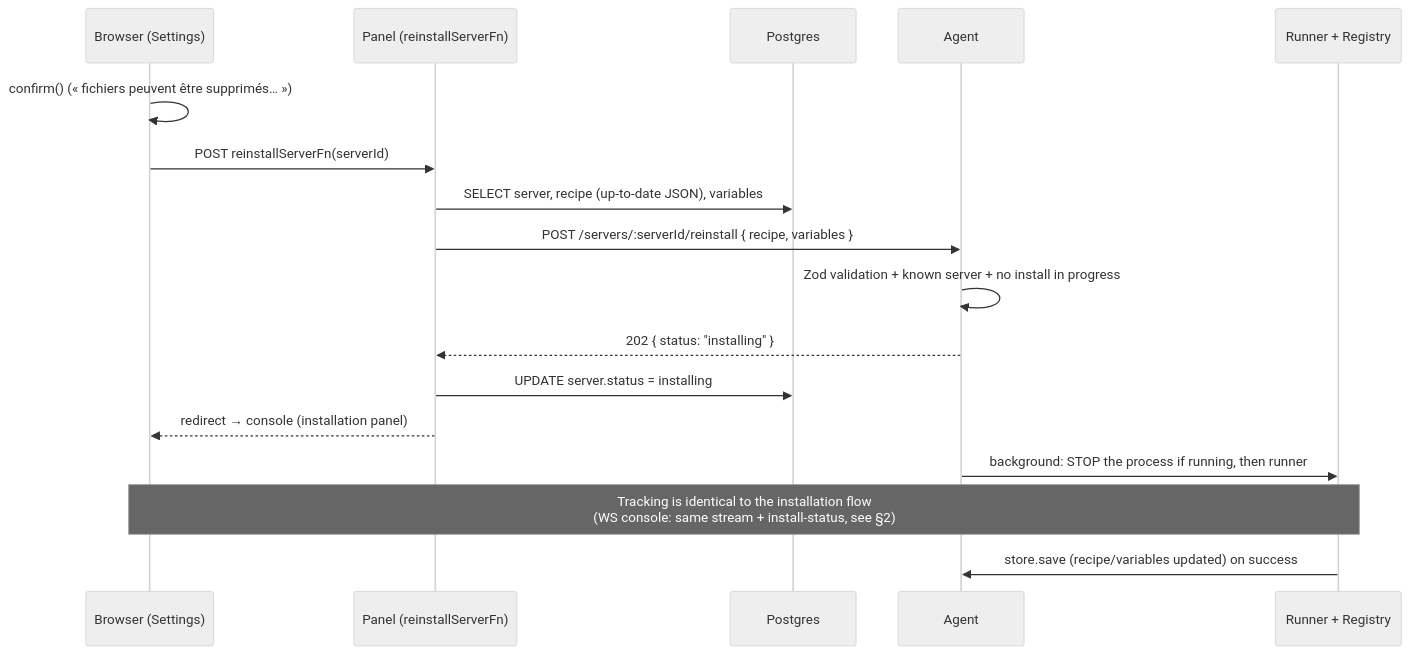
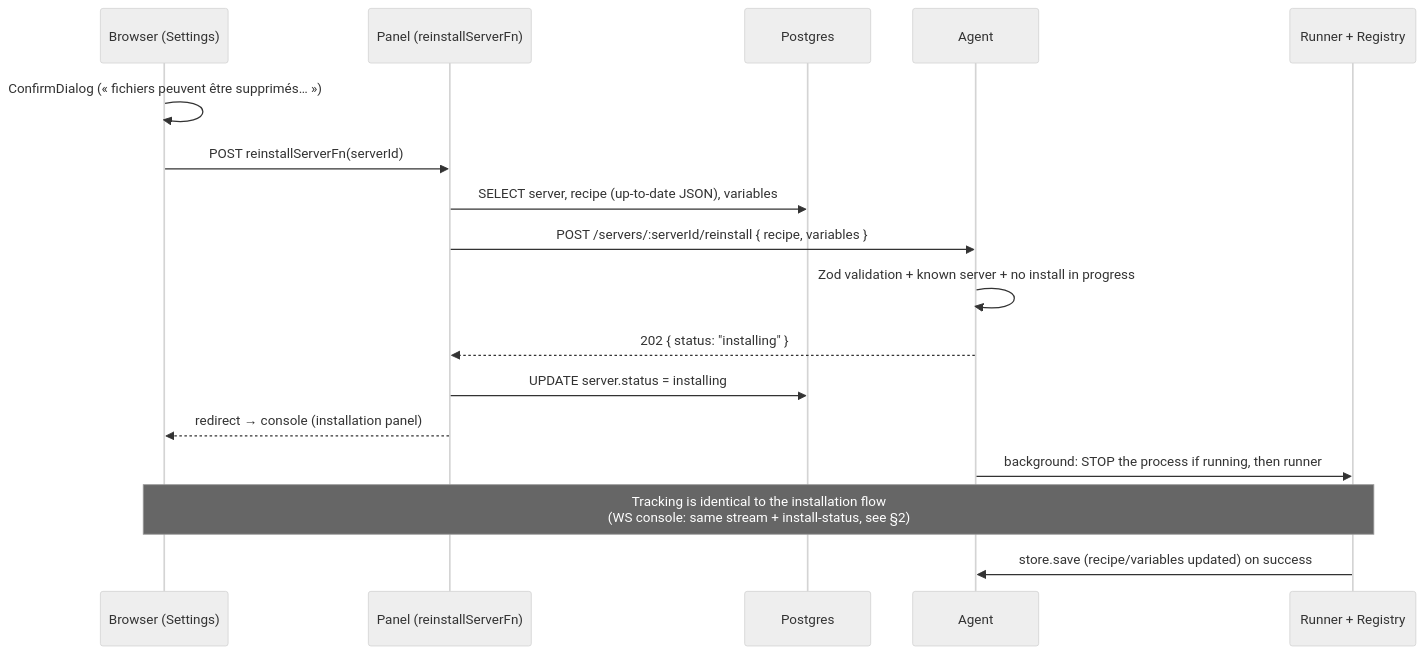
The sixth of 9 diagrams in docs/communications.md (mojito-panel/panel), drawn with Mermaid (neutral theme) before and after one commit. The commit also changed other lines of this file and 98 other files, not shown here.

````diff
--- a/docs/communications.md
+++ b/docs/communications.md
@@ -198,20 +200,20 @@
 ```mermaid
 sequenceDiagram
     participant N as Browser (Settings)
     participant P as Panel (reinstallServerFn)
     participant D as Postgres
     participant A as Agent
     participant R as Runner + Registry
 
-    N->>N: confirm() (« fichiers peuvent être supprimés… »)
+    N->>N: ConfirmDialog (« fichiers peuvent être supprimés… »)
     N->>P: POST reinstallServerFn(serverId)
     P->>D: SELECT server, recipe (up-to-date JSON), variables
     P->>A: POST /servers/:serverId/reinstall { recipe, variables }
     A->>A: Zod validation + known server + no install in progress
     A-->>P: 202 { status: "installing" }
     P->>D: UPDATE server.status = installing
     P-->>N: redirect → console (installation panel)
     A->>R: background: STOP the process if running, then runner
     Note over N,R: Tracking is identical to the installation flow<br/>(WS console: same stream + install-status, see §2)
     R->>A: store.save (recipe/variables updated) on success
 ```
````
